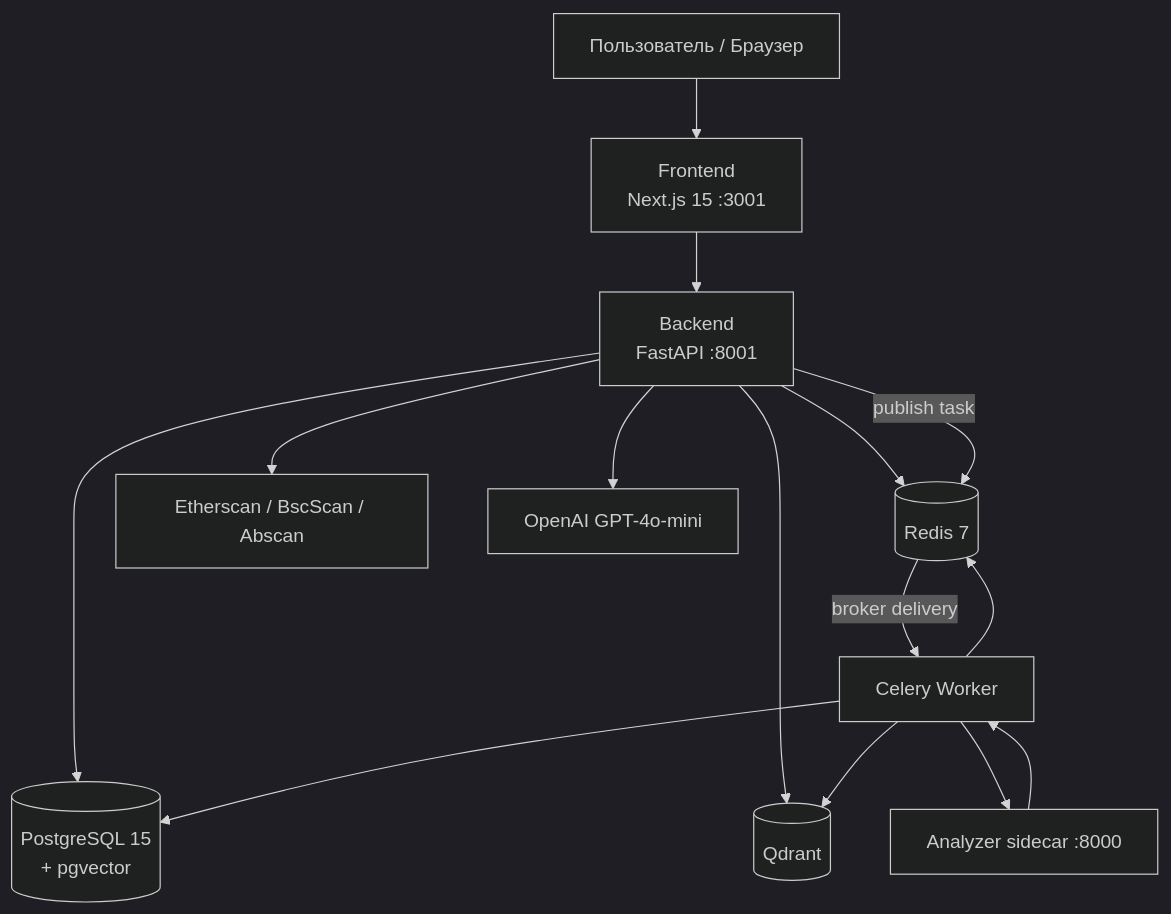
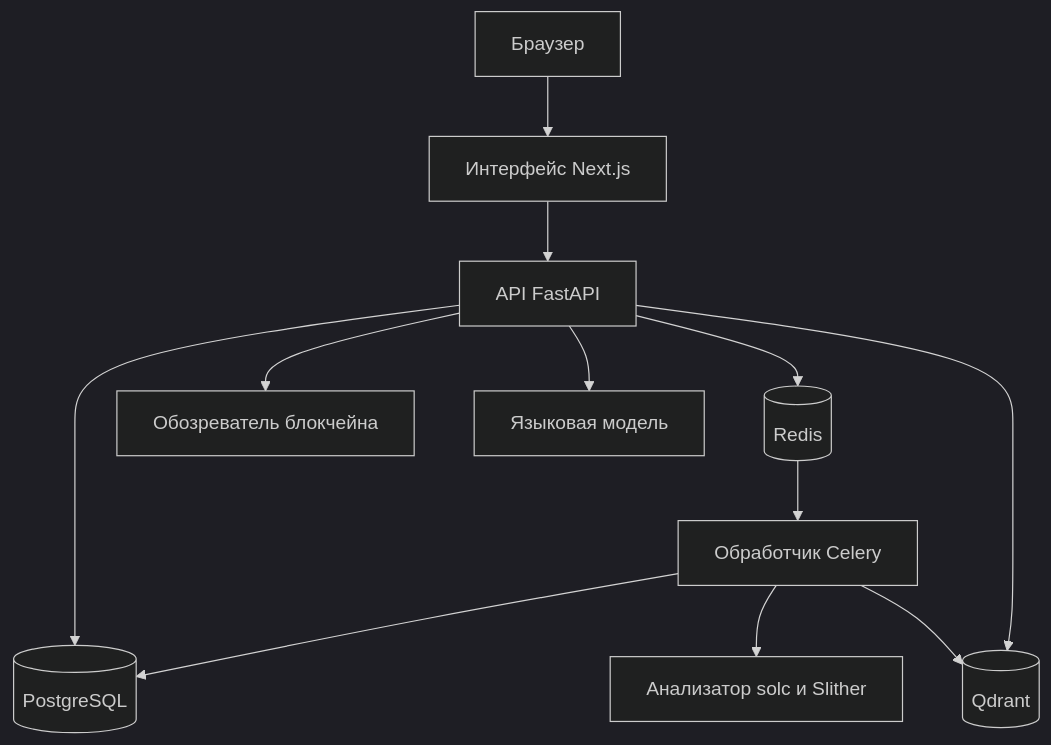
Before and after one commit to vladweat/chainwise: the diagram in docs/architecture.md, drawn with Mermaid (dark theme). The commit also changed other lines of this file and 16 other files, not shown here.

````diff
--- a/docs/architecture.md
+++ b/docs/architecture.md
@@ -5,28 +5,14 @@
 ```mermaid
 flowchart TB
-    User[Пользователь / Браузер]
-    FE[Frontend<br/>Next.js 15 :3001]
-    BE[Backend<br/>FastAPI :8001]
-    CW[Celery Worker]
-    SL[Analyzer sidecar :8000]
-    PG[(PostgreSQL 15<br/>+ pgvector)]
-    RD[(Redis 7)]
-    QD[(Qdrant)]
-    ES[Etherscan / BscScan / Abscan]
-    OA[OpenAI GPT-4o-mini]
-
-    User --> FE
-    FE --> BE
-    BE --> PG
-    BE --> RD
-    BE --> QD
-    BE -->|publish task| RD
-    RD -->|broker delivery| CW
-    BE --> ES
-    BE --> OA
-    CW --> PG
-    CW --> RD
-    CW --> QD
-    CW --> SL
-    SL --> CW
+    U[Браузер] --> F[Интерфейс Next.js]
+    F --> A[API FastAPI]
+    A --> P[(PostgreSQL)]
+    A --> R[(Redis)]
+    R --> W[Обработчик Celery]
+    W --> S[Анализатор solc и Slither]
+    W --> P
+    W --> Q[(Qdrant)]
+    A --> Q
+    A --> E[Обозреватель блокчейна]
+    A --> L[Языковая модель]
 ```
````
